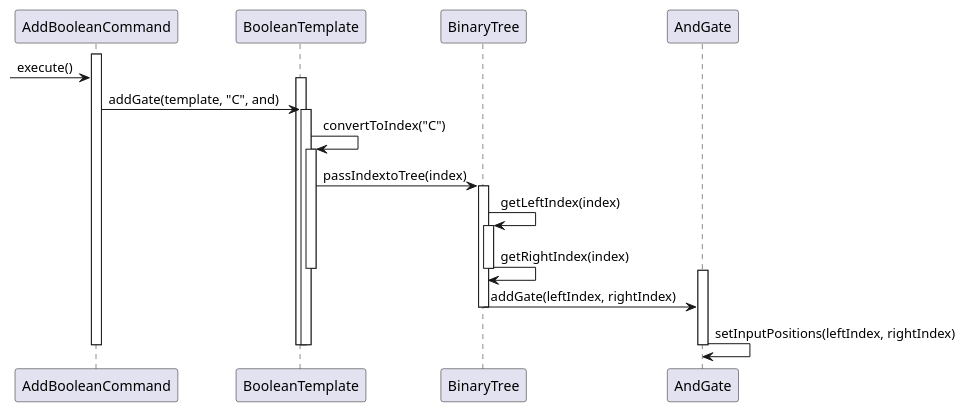
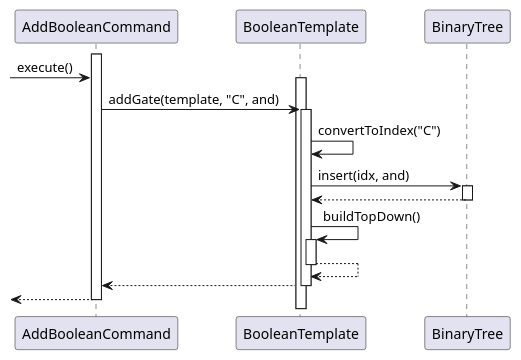
Before and after one commit to sevenseasofbri/tp: the diagram in docs/diagrams/AddBooleanCommand.puml, drawn with PlantUML.

```diff
--- a/docs/diagrams/AddBooleanCommand.puml
+++ b/docs/diagrams/AddBooleanCommand.puml
@@ -2,39 +2,29 @@
 @startuml
 activate AddBooleanCommand
 
 ->AddBooleanCommand: execute()
 
 activate BooleanTemplate
 AddBooleanCommand -> BooleanTemplate: addGate(template, "C", and)
 
 activate BooleanTemplate
 BooleanTemplate -> BooleanTemplate: convertToIndex("C")
 
+BooleanTemplate -> BinaryTree : insert(idx, and)
+activate BinaryTree
+
+BinaryTree --> BooleanTemplate
+deactivate BinaryTree
+
+BooleanTemplate -> BooleanTemplate : buildTopDown()
 activate BooleanTemplate
-BooleanTemplate -> BinaryTree: passIndextoTree(index)
 
-activate BinaryTree
-BinaryTree -> BinaryTree : getLeftIndex(index)
-
-activate BinaryTree
-BinaryTree -> BinaryTree : getRightIndex(index)
-
+BooleanTemplate --> BooleanTemplate
 deactivate BooleanTemplate
 
-deactivate BinaryTree
-
-activate AndGate
-BinaryTree -> AndGate: addGate(leftIndex, rightIndex)
-
-deactivate BinaryTree
-
-AndGate -> AndGate: setInputPositions(leftIndex, rightIndex)
-
-
-deactivate AndGate
-
+BooleanTemplate --> AddBooleanCommand
 deactivate BooleanTemplate
 
-deactivate BooleanTemplate
+<-- AddBooleanCommand
 deactivate AddBooleanCommand
 @enduml
```
